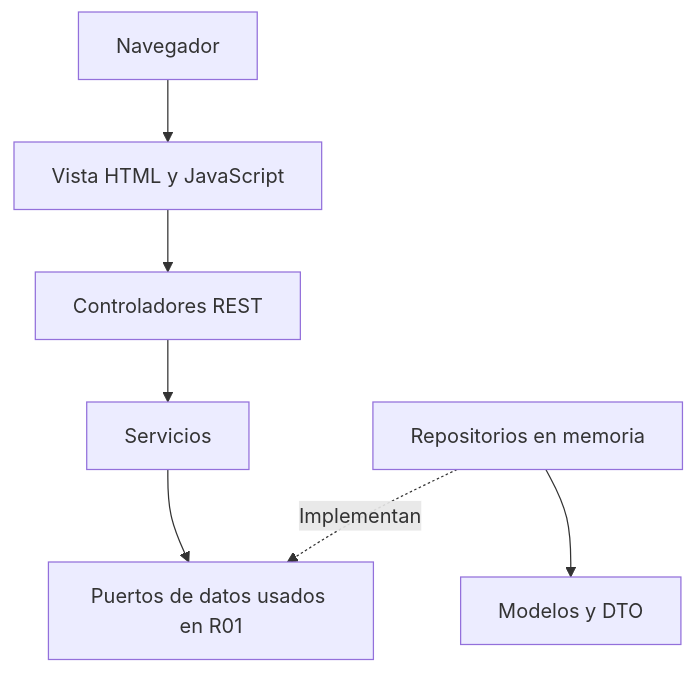
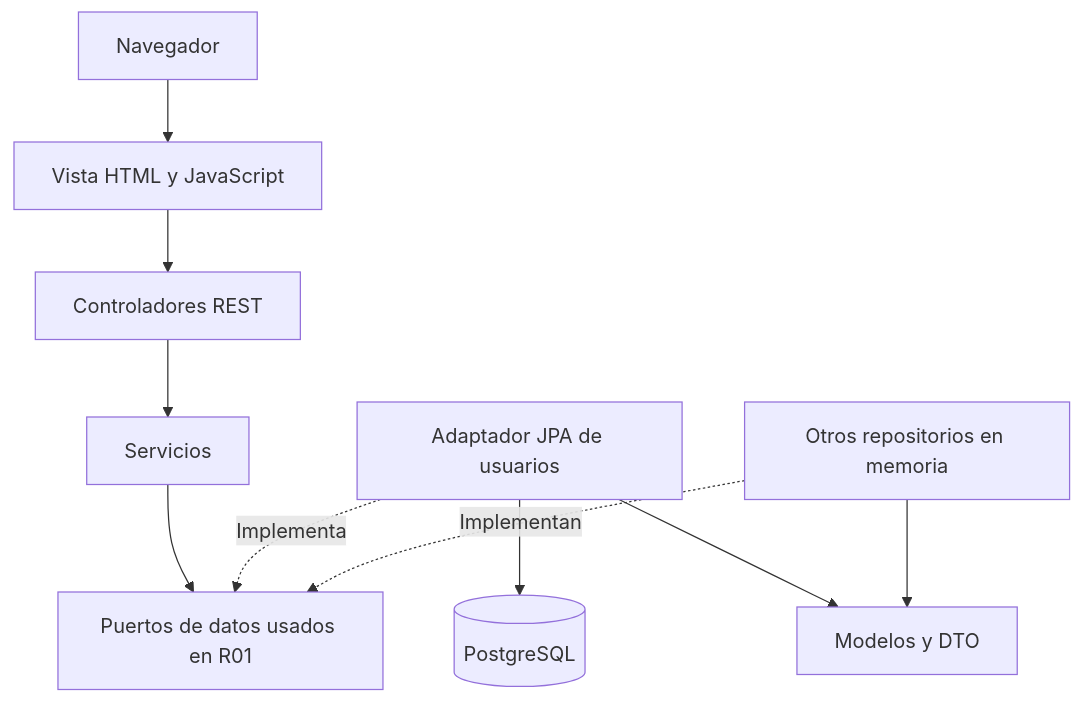
Before and after one commit to JuanFiligrana/Agrovalle-Conect: the diagram in docs/arquitectura.md, drawn with Mermaid. The commit also changed other lines of this file and 16 other files, not shown here.

First line of the commit message:
feat: agregar persistencia PostgreSQL de usuarios

````diff
--- a/docs/arquitectura.md
+++ b/docs/arquitectura.md
@@ -10,9 +11,12 @@
 ```mermaid
 flowchart TD
     B["Navegador"] --> V["Vista HTML y JavaScript"]
     V --> C["Controladores REST"]
     C --> S["Servicios"]
     S --> P["Puertos de datos usados en R01"]
-    R["Repositorios en memoria"] -. "Implementan" .-> P
-    R --> D["Modelos y DTO"]
+    A["Adaptador JPA de usuarios"] -. "Implementa" .-> P
+    A --> DB[(PostgreSQL)]
+    R["Otros repositorios en memoria"] -. "Implementan" .-> P
+    A --> D["Modelos y DTO"]
+    R --> D
 ```
````
